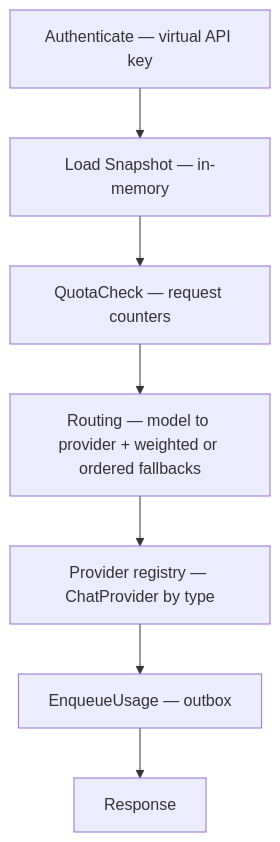
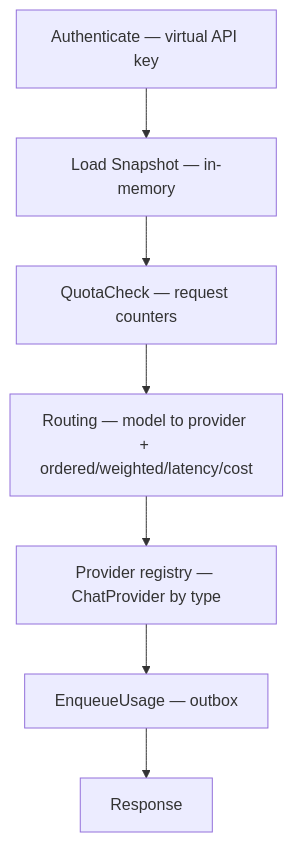
Before and after one commit to curefatih/afi: the first of 2 diagrams in docs/development/architecture.md, drawn with Mermaid. The commit also changed other lines of this file and 15 other files, not shown here.

First line of the commit message:
feat: adaptive routing latency and cost based (#27)

````diff
--- a/docs/development/architecture.md
+++ b/docs/development/architecture.md
@@ -31,12 +31,12 @@
 ```mermaid
 flowchart TD
   A[Authenticate — virtual API key]
   B[Load Snapshot — in-memory]
   C[QuotaCheck — request counters]
-  D[Routing — model to provider + weighted or ordered fallbacks]
+  D[Routing — model to provider + ordered/weighted/latency/cost]
   E[Provider registry — ChatProvider by type]
   F[EnqueueUsage — outbox]
   G[Response]
 
   A --> B --> C --> D --> E --> F --> G
 ```
````
